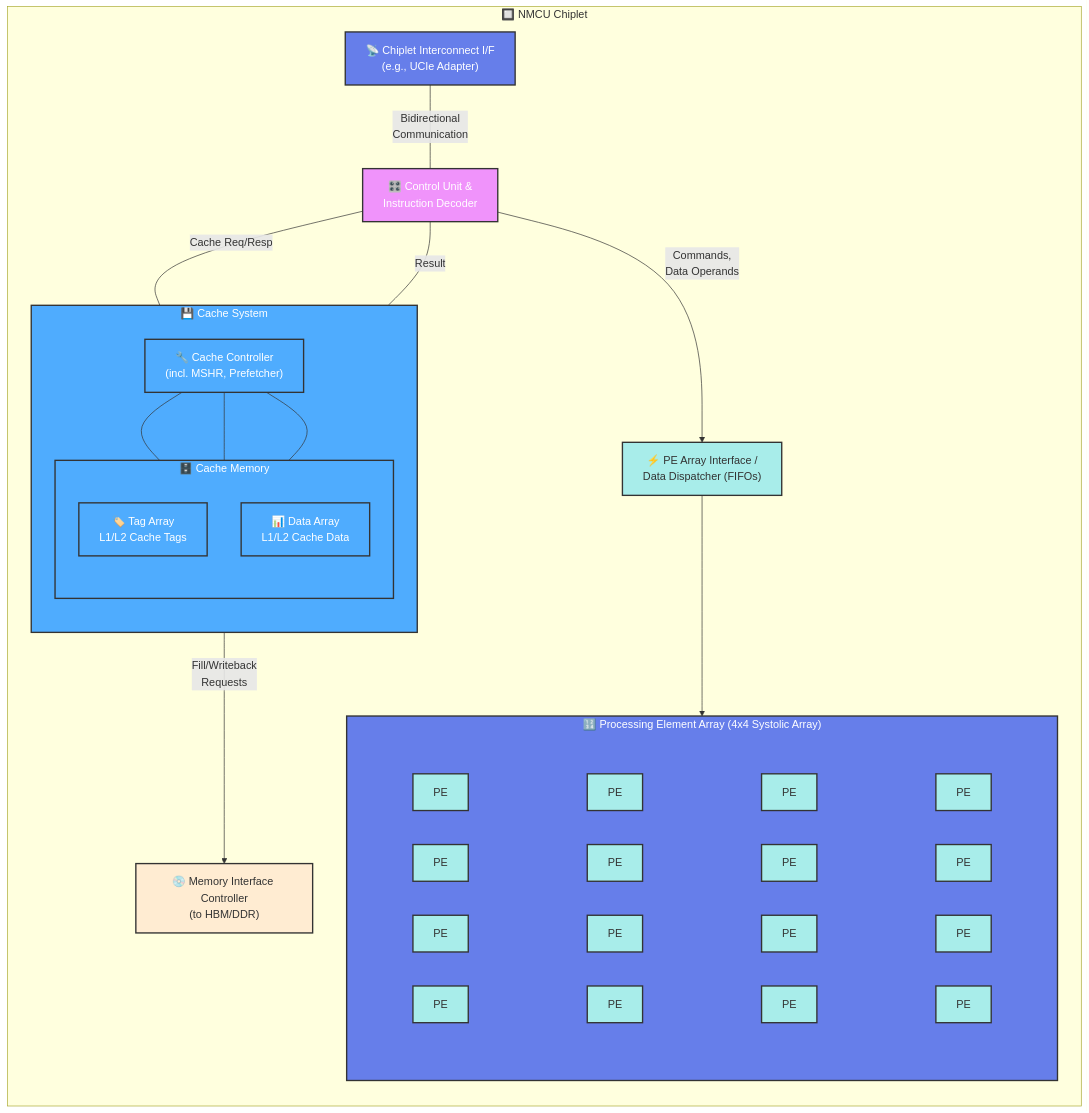
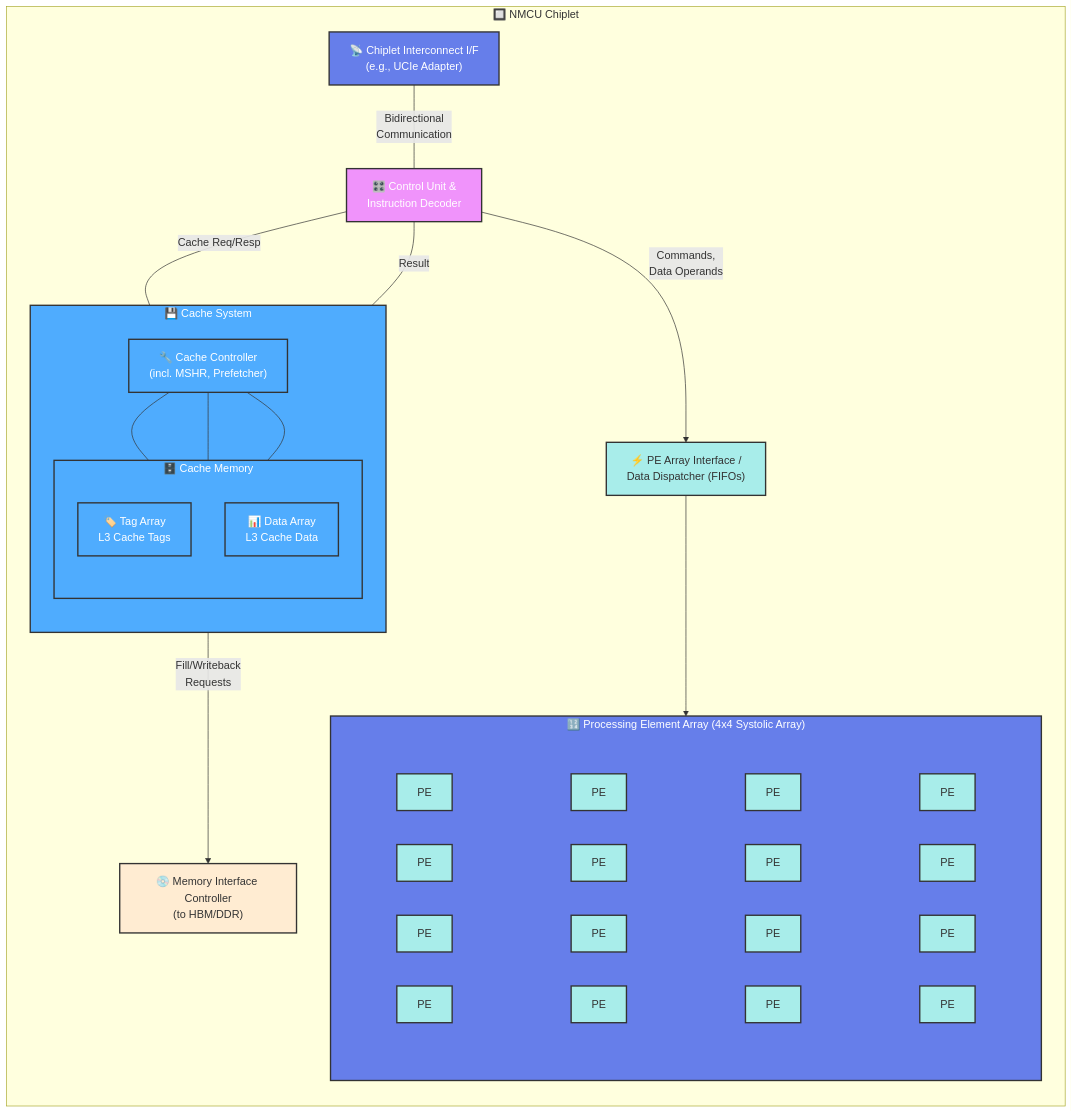
The diagram in doc/arch_spec.md (TtitiO/NMCU_Chiplet), drawn with Mermaid before and after one commit. The commit also changed other lines of this file and 10 other files, not shown here.

```diff
--- a/doc/arch_spec.md
+++ b/doc/arch_spec.md
@@ -48,8 +48,8 @@
             
             subgraph CACHE_MEM ["🗄️ Cache Memory"]
                 direction TB
-                TAG_ARRAY["🏷️ Tag Array<br/>L1/L2 Cache Tags"]
-                DATA_ARRAY["📊 Data Array<br/>L1/L2 Cache Data"]
+                TAG_ARRAY["🏷️ Tag Array<br/>L3 Cache Tags"]
+                DATA_ARRAY["📊 Data Array<br/>L3 Cache Data"]
             end
         end
         
```
